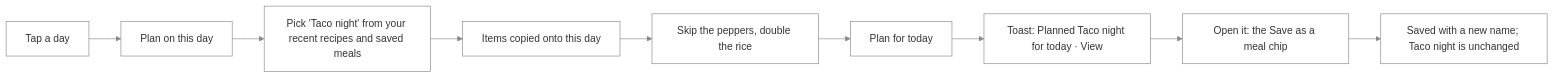
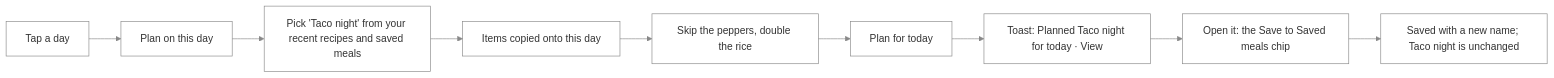
One commit to NovaMoonX/moondreams-dev-apps changed diagram 42 of 54 in src/apps/pinch/UX.md. Above: the diagram before and after it, drawn with Mermaid. The commit also changed other lines of this file, not shown here.

````diff
--- a/src/apps/pinch/UX.md
+++ b/src/apps/pinch/UX.md
@@ -1369,7 +1369,7 @@
 ```mermaid
 %%{init: {'theme': 'base', 'themeVariables': {'primaryColor': 'transparent', 'clusterBkg': 'transparent', 'primaryBorderColor': '#888888', 'clusterBorder': '#888888', 'lineColor': '#888888', 'primaryTextColor': '#333333'}}}%%
 flowchart LR
     A[Tap a day] --> B[Plan on this day] --> C["Pick 'Taco night' from your recent recipes and saved meals"] --> D["Items copied onto this day"]
     D --> E["Skip the peppers, double the rice"] --> F[Plan for today]
-    F --> G["Toast: Planned Taco night for today · View"] --> H["Open it: the Save as a meal chip"] --> I["Saved with a new name; Taco night is unchanged"]
+    F --> G["Toast: Planned Taco night for today · View"] --> H["Open it: the Save to Saved meals chip"] --> I["Saved with a new name; Taco night is unchanged"]
 ```
````
